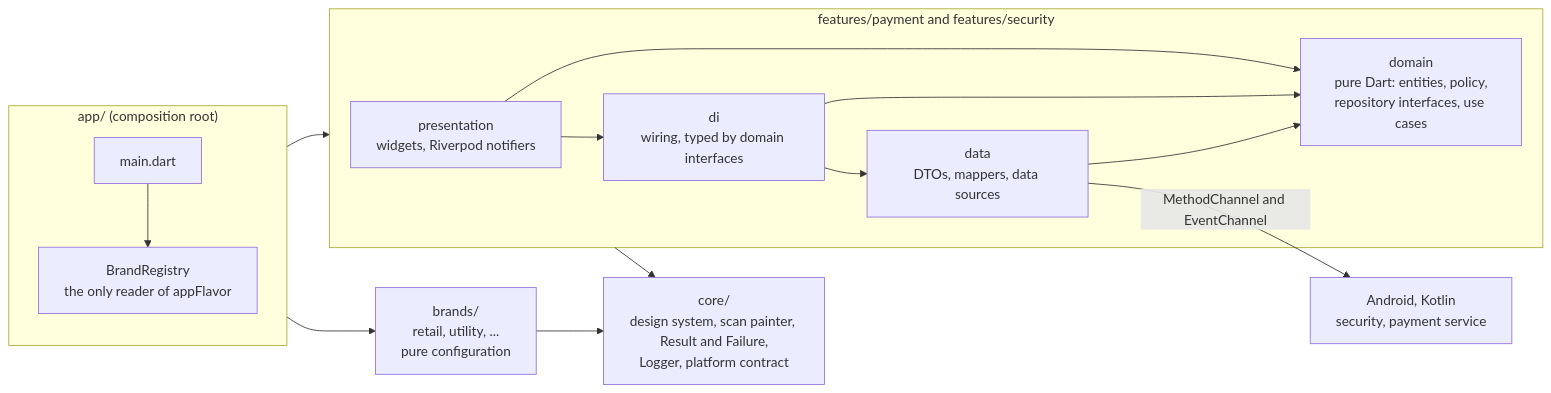
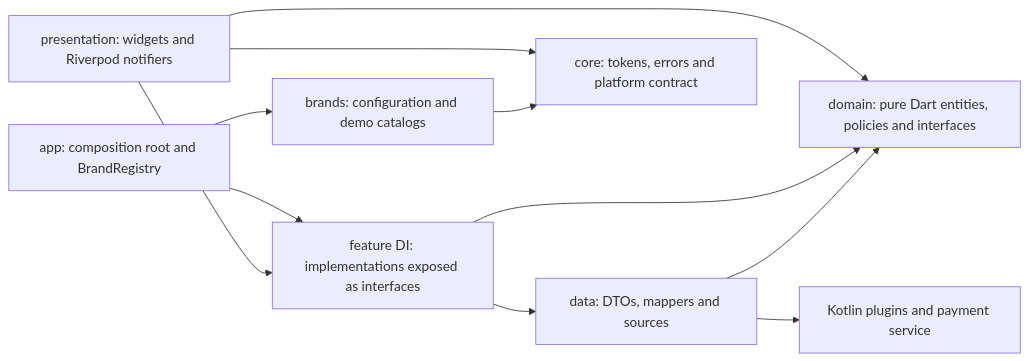
Before and after one commit to MaximLisovy/secure_payment_portal: the diagram in README.md, drawn with Mermaid. The commit also changed other lines of this file and 12 other files, not shown here.

````diff
--- a/README.md
+++ b/README.md
@@ -101,28 +81,13 @@
 ```mermaid
 flowchart LR
-  subgraph app["app/ (composition root)"]
-    main["main.dart"]
-    registry["BrandRegistry<br/>the only reader of appFlavor"]
-  end
-  brands["brands/<br/>retail, utility, ...<br/>pure configuration"]
-  subgraph feature["features/payment and features/security"]
-    presentation["presentation<br/>widgets, Riverpod notifiers"]
-    di["di<br/>wiring, typed by domain interfaces"]
-    domain["domain<br/>pure Dart: entities, policy,<br/>repository interfaces, use cases"]
-    data["data<br/>DTOs, mappers, data sources"]
-  end
-  core["core/<br/>design system, scan painter, Result and Failure,<br/>Logger, platform contract"]
-  native["Android, Kotlin<br/>security, payment service"]
-
-  main --> registry
-  app --> brands
-  app --> feature
-  brands --> core
-  feature --> core
-  presentation --> domain
-  presentation --> di
-  di --> domain
-  di --> data
-  data --> domain
-  data -- "MethodChannel and EventChannel" --> native
+  App["app: composition root and BrandRegistry"] --> Brands["brands: configuration and demo catalogs"]
+  App --> DI["feature DI: implementations exposed as interfaces"]
+  UI["presentation: widgets and Riverpod notifiers"] --> Domain["domain: pure Dart entities, policies and interfaces"]
+  UI --> DI
+  DI --> Domain
+  DI --> Data["data: DTOs, mappers and sources"]
+  Data --> Domain
+  Data --> Native["Kotlin plugins and payment service"]
+  UI --> Core["core: tokens, errors and platform contract"]
+  Brands --> Core
 ```
````
